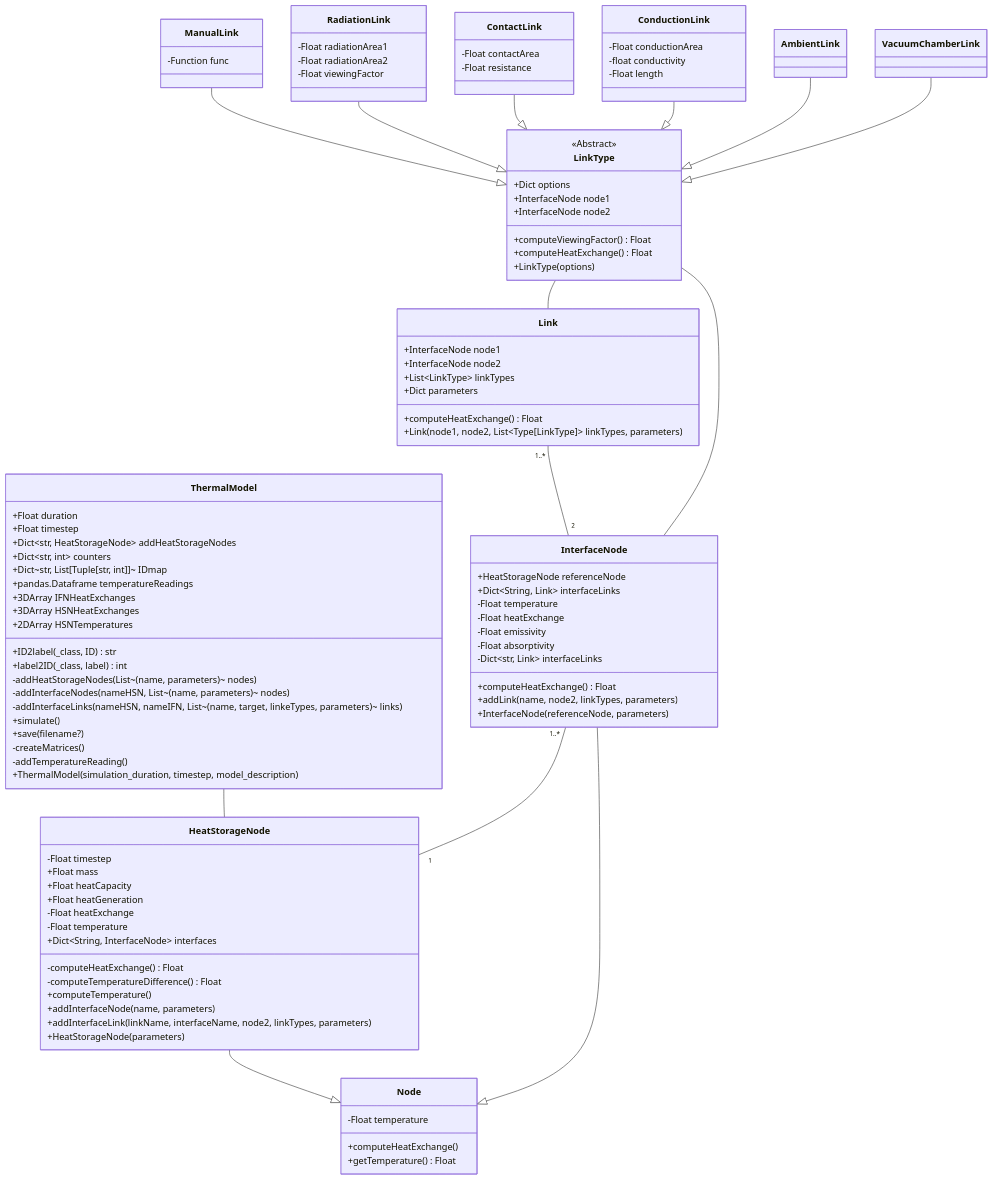
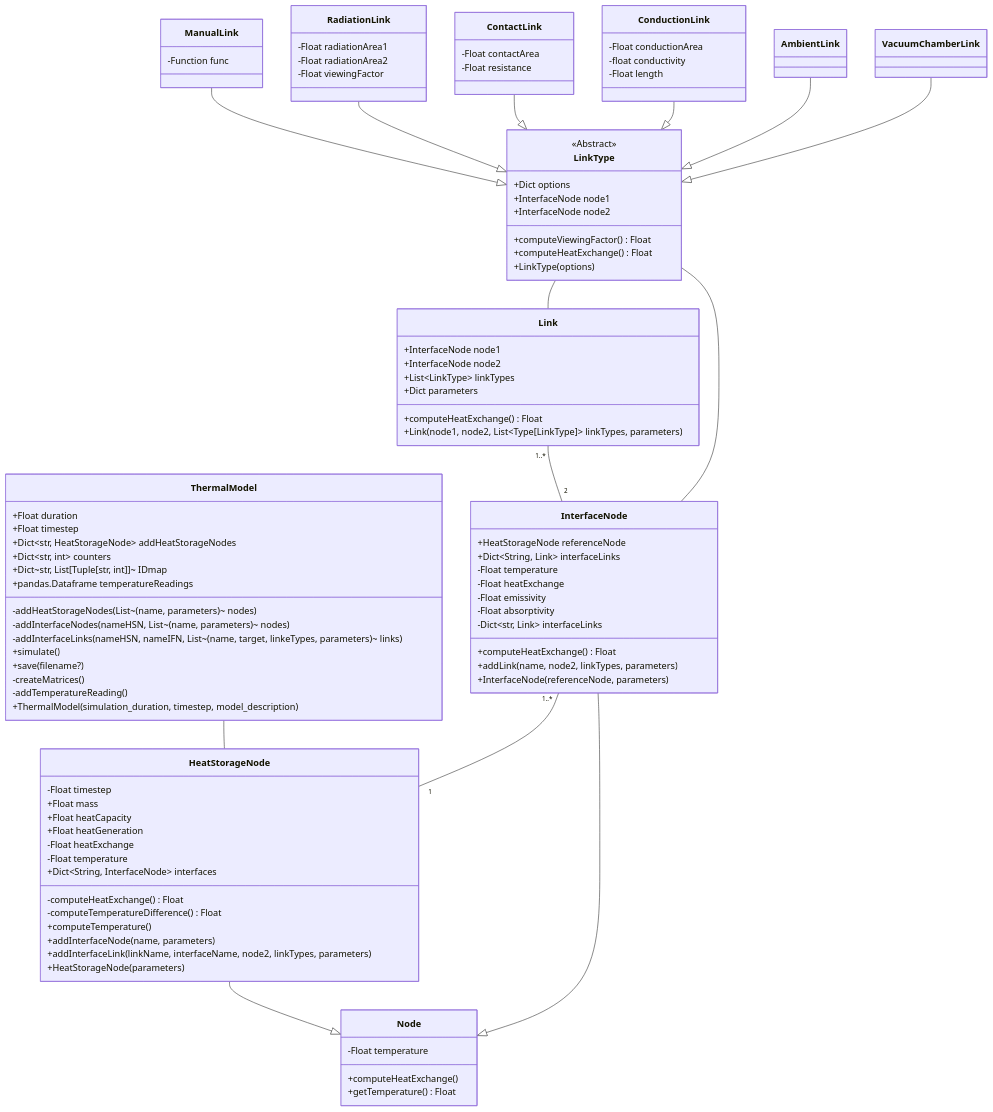
One commit to niveK77pur/ISM-Thermal-Model changed the diagram in class-diagram/class-diagram.mmd. Above: the diagram before and after it, drawn with Mermaid. The commit also changed 2 other files, not shown here.

```diff
--- a/class-diagram/class-diagram.mmd
+++ b/class-diagram/class-diagram.mmd
@@ -1,118 +1,113 @@
 classDiagram
 
 class ThermalModel {
     +Float duration
     +Float timestep
     +Dict~str, HeatStorageNode~ addHeatStorageNodes
     +Dict~str, int~ counters
     +Dict~str, List[Tuple[str, int]]~ IDmap
     +pandas.Dataframe temperatureReadings
-    +3DArray IFNHeatExchanges
-    +3DArray HSNHeatExchanges
-    +2DArray HSNTemperatures
-    +ID2label(_class, ID) str
-    +label2ID(_class, label) int
     -addHeatStorageNodes(List~(name, parameters)~ nodes)
     -addInterfaceNodes(nameHSN, List~(name, parameters)~ nodes)
     -addInterfaceLinks(nameHSN, nameIFN, List~(name, target, linkeTypes, parameters)~ links)
     +simulate()
     +save(filename?)
     -createMatrices()
     -addTemperatureReading()
     +ThermalModel(simulation_duration, timestep, model_description)
 }
 
 class Node {
     -Float temperature
     +computeHeatExchange()
     +getTemperature() Float
 }
 
 class HeatStorageNode {
     -Float timestep
     +Float mass
     +Float heatCapacity
     +Float heatGeneration
     -Float heatExchange
     -Float temperature
     +Dict~String, InterfaceNode~ interfaces
     -computeHeatExchange() Float
     -computeTemperatureDifference() Float
     +computeTemperature()
     +addInterfaceNode(name, parameters)
     +addInterfaceLink(linkName, interfaceName, node2, linkTypes, parameters)
     +HeatStorageNode(parameters)
 }
 
 class InterfaceNode {
     +HeatStorageNode referenceNode
     +Dict~String, Link~ interfaceLinks
     -Float temperature
     -Float heatExchange
     -Float emissivity
     -Float absorptivity
     -Dict~str, Link~ interfaceLinks
     +computeHeatExchange() Float
     +addLink(name, node2, linkTypes, parameters)
     +InterfaceNode(referenceNode, parameters)
 }
 
 class Link {
     +InterfaceNode node1
     +InterfaceNode node2
     +List~LinkType~ linkTypes
     +Dict parameters
     +computeHeatExchange() Float
     +Link(node1, node2, List~Type[LinkType]~ linkTypes, parameters)
 }
 
 
 class LinkType {
     <<Abstract>>
     +Dict options
     +InterfaceNode node1
     +InterfaceNode node2
     +computeViewingFactor() Float
     +computeHeatExchange() Float
     +LinkType(options)
 }
 
 class ManualLink {
     -Function func
 }
 
 class RadiationLink {
     -Float radiationArea1
     -Float radiationArea2
     -Float viewingFactor
 }
 
 class ContactLink {
     -Float contactArea
     -Float resistance
 }
 
 class ConductionLink {
     -Float conductionArea
     -float conductivity
     -Float length
 }
 
 ThermalModel -- HeatStorageNode
 
 HeatStorageNode --|> Node
 InterfaceNode --|> Node
 
 ManualLink --|> LinkType
 RadiationLink --|> LinkType
 ContactLink --|> LinkType
 ConductionLink --|> LinkType
 AmbientLink --|> LinkType
 VacuumChamberLink --|> LinkType
 
 Link "1..*" -- "2" InterfaceNode
 
 InterfaceNode "1..*" -- "1" HeatStorageNode
 
 LinkType -- Link
 LinkType -- InterfaceNode
```
